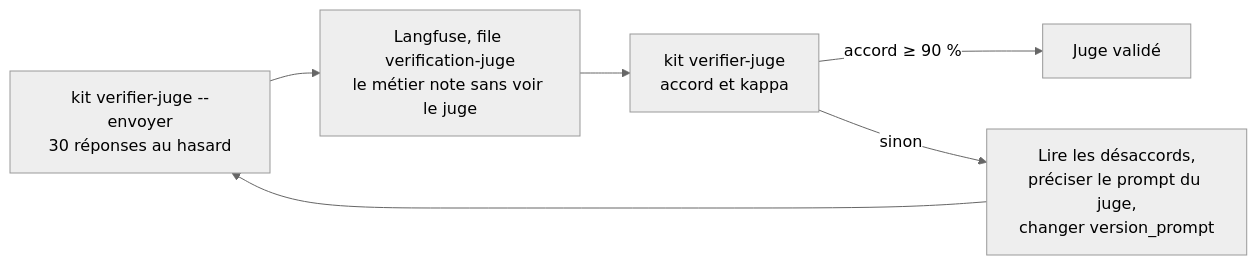
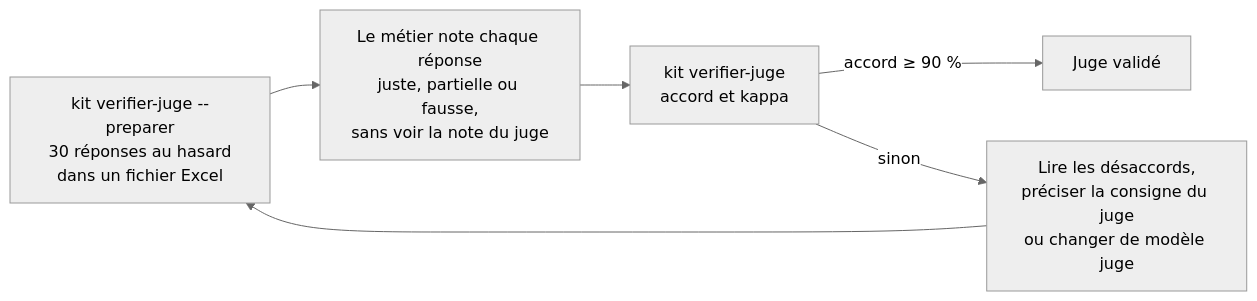
One commit to floSa/RAG-Evaluation changed the second of 2 diagrams in service-evaluation/documentation/3_evaluation_reponse.md. Above: the diagram before and after it, drawn with Mermaid (neutral theme). The commit also changed other lines of this file and 7 other files, not shown here.

````diff
--- a/service-evaluation/documentation/3_evaluation_reponse.md
+++ b/service-evaluation/documentation/3_evaluation_reponse.md
@@ -148,7 +148,7 @@
 ```mermaid
 flowchart LR
-    A["kit verifier-juge --envoyer<br/>30 réponses au hasard"] --> B["Langfuse, file verification-juge<br/>le métier note sans voir le juge"]
+    A["kit verifier-juge --preparer<br/>30 réponses au hasard<br/>dans un fichier Excel"] --> B["Le métier note chaque réponse<br/>juste, partielle ou fausse,<br/>sans voir la note du juge"]
     B --> C["kit verifier-juge<br/>accord et kappa"]
     C -- "accord ≥ 90 %" --> V["Juge validé"]
-    C -- "sinon" --> P["Lire les désaccords,<br/>préciser le prompt du juge,<br/>changer version_prompt"] --> A
+    C -- "sinon" --> P["Lire les désaccords,<br/>préciser la consigne du juge<br/>ou changer de modèle juge"] --> A
 ```
````
